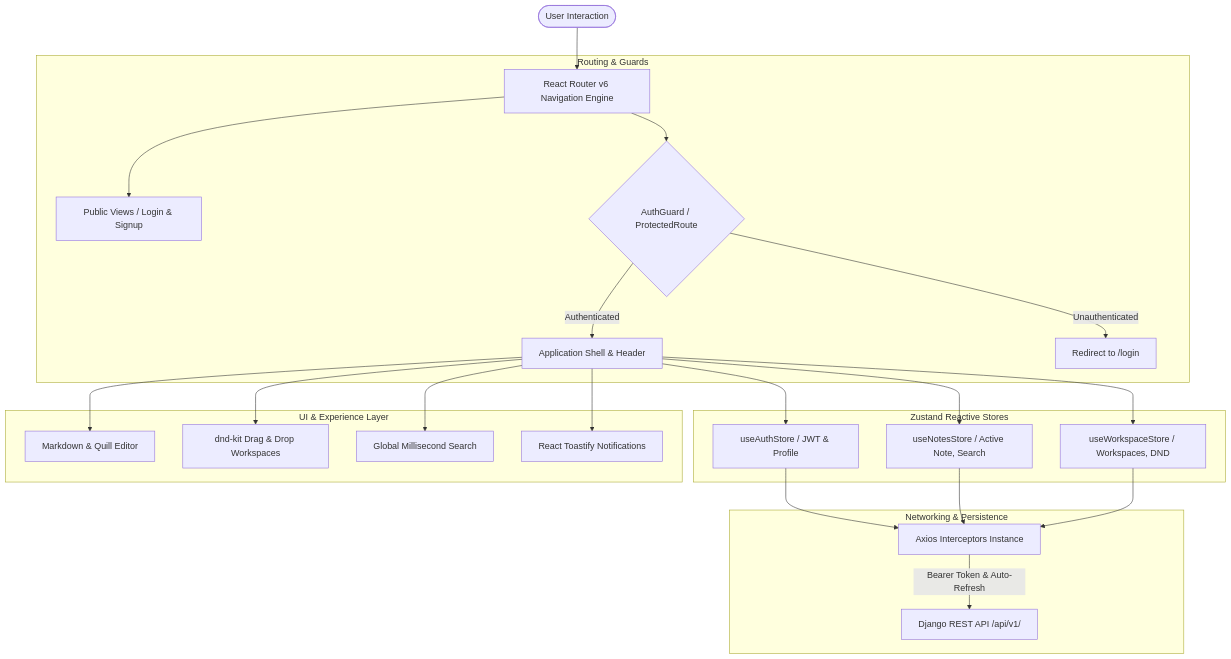
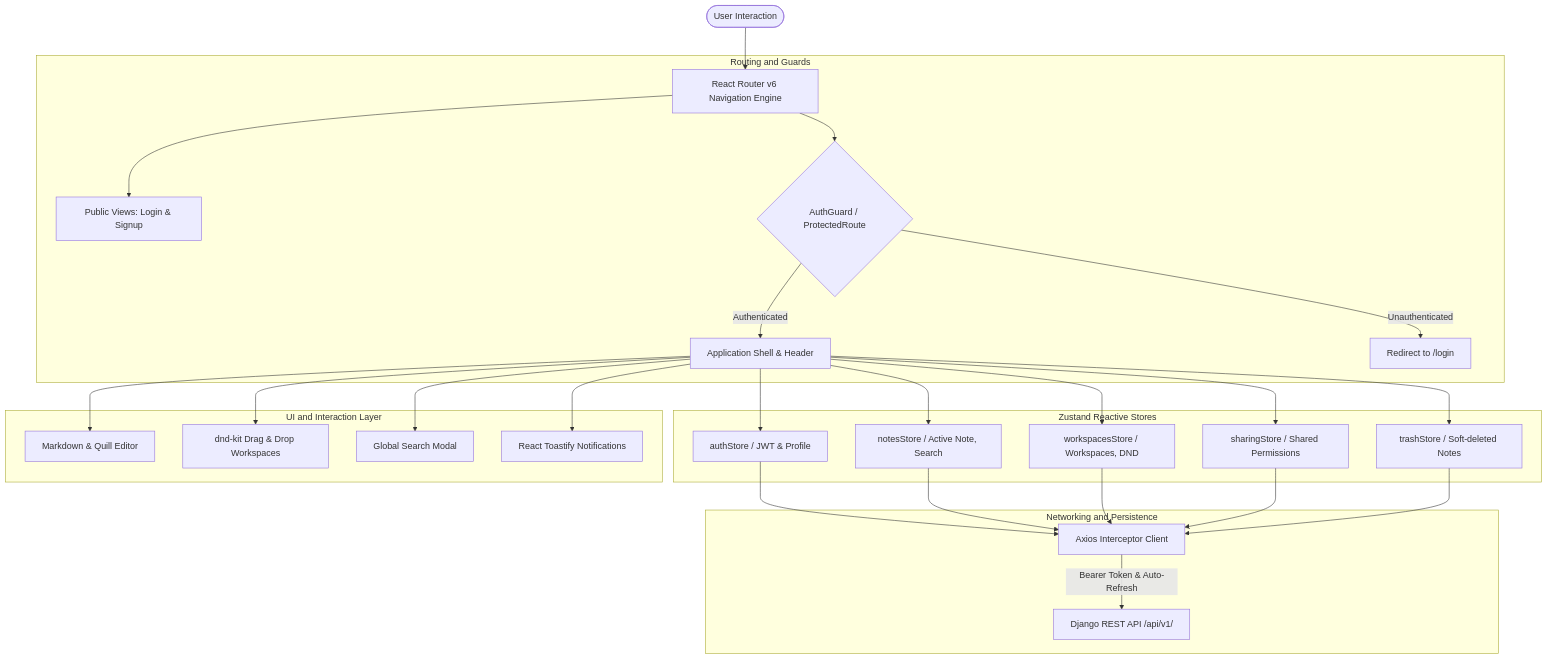
One commit to junaiddbz/Scriba-NotesApp-React-Django changed the diagram in frontend/README.md. Above: the diagram before and after it, drawn with Mermaid. The commit also changed other lines of this file and 2 other files, not shown here.

````diff
--- a/frontend/README.md
+++ b/frontend/README.md
@@ -18,31 +18,35 @@
 ```mermaid
 graph TD
     User([User Interaction]) --> Router[React Router v6 Navigation Engine]
     
-    subgraph Routing & Guards
-        Router --> PublicRoutes[Public Views / Login & Signup]
+    subgraph Routing and Guards
+        Router --> PublicRoutes[Public Views: Login & Signup]
         Router --> AuthGuard{AuthGuard / ProtectedRoute}
         AuthGuard -->|Authenticated| AppShell[Application Shell & Header]
         AuthGuard -->|Unauthenticated| Redirect[Redirect to /login]
     end
 
     subgraph State Management [Zustand Reactive Stores]
-        AppShell --> AuthStore[useAuthStore / JWT & Profile]
-        AppShell --> NotesStore[useNotesStore / Active Note, Search]
-        AppShell --> WorkspaceStore[useWorkspaceStore / Workspaces, DND]
+        AppShell --> AuthStore[authStore / JWT & Profile]
+        AppShell --> NotesStore[notesStore / Active Note, Search]
+        AppShell --> WorkspaceStore[workspacesStore / Workspaces, DND]
+        AppShell --> SharingStore[sharingStore / Shared Permissions]
+        AppShell --> TrashStore[trashStore / Soft-deleted Notes]
     end
 
-    subgraph UI & Experience Layer
+    subgraph UI and Interaction Layer
         AppShell --> NoteEditor[Markdown & Quill Editor]
         AppShell --> DnDList[dnd-kit Drag & Drop Workspaces]
-        AppShell --> SearchModal[Global Millisecond Search]
+        AppShell --> SearchModal[Global Search Modal]
         AppShell --> ToastSystem[React Toastify Notifications]
     end
 
-    subgraph Networking & Persistence
-        AuthStore --> AxiosInstance[Axios Interceptors Instance]
+    subgraph Networking and Persistence
+        AuthStore --> AxiosInstance[Axios Interceptor Client]
         NotesStore --> AxiosInstance
         WorkspaceStore --> AxiosInstance
+        SharingStore --> AxiosInstance
+        TrashStore --> AxiosInstance
         AxiosInstance -->|Bearer Token & Auto-Refresh| REST[Django REST API /api/v1/]
     end
 ```
````
